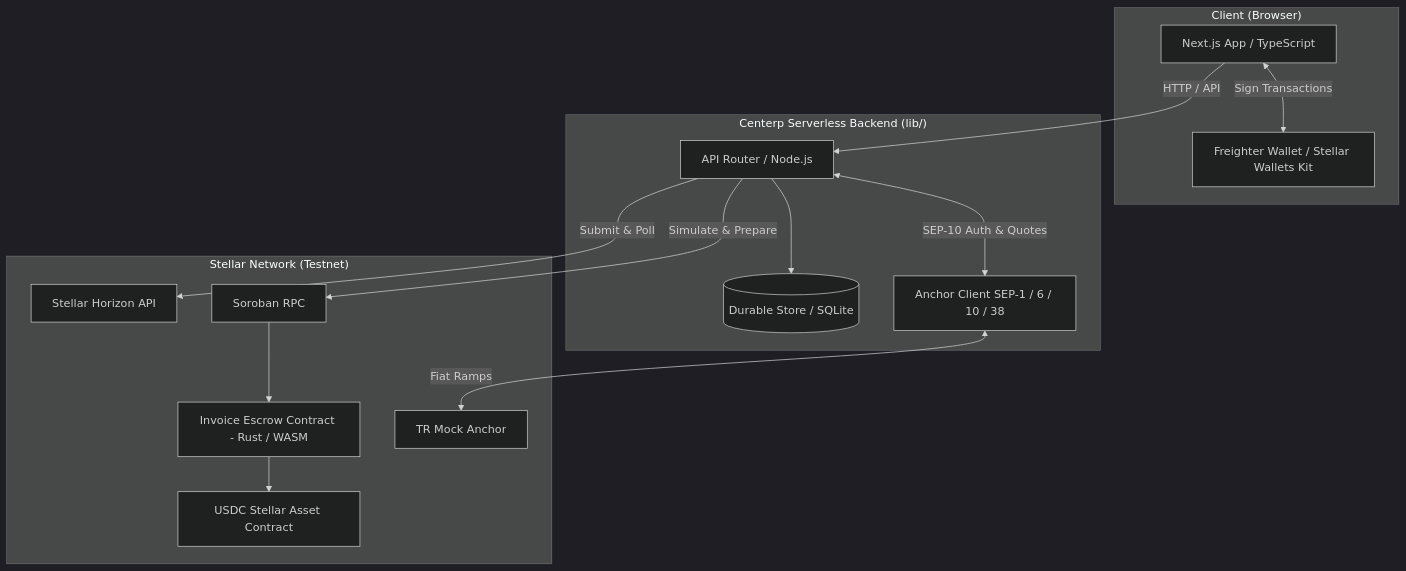
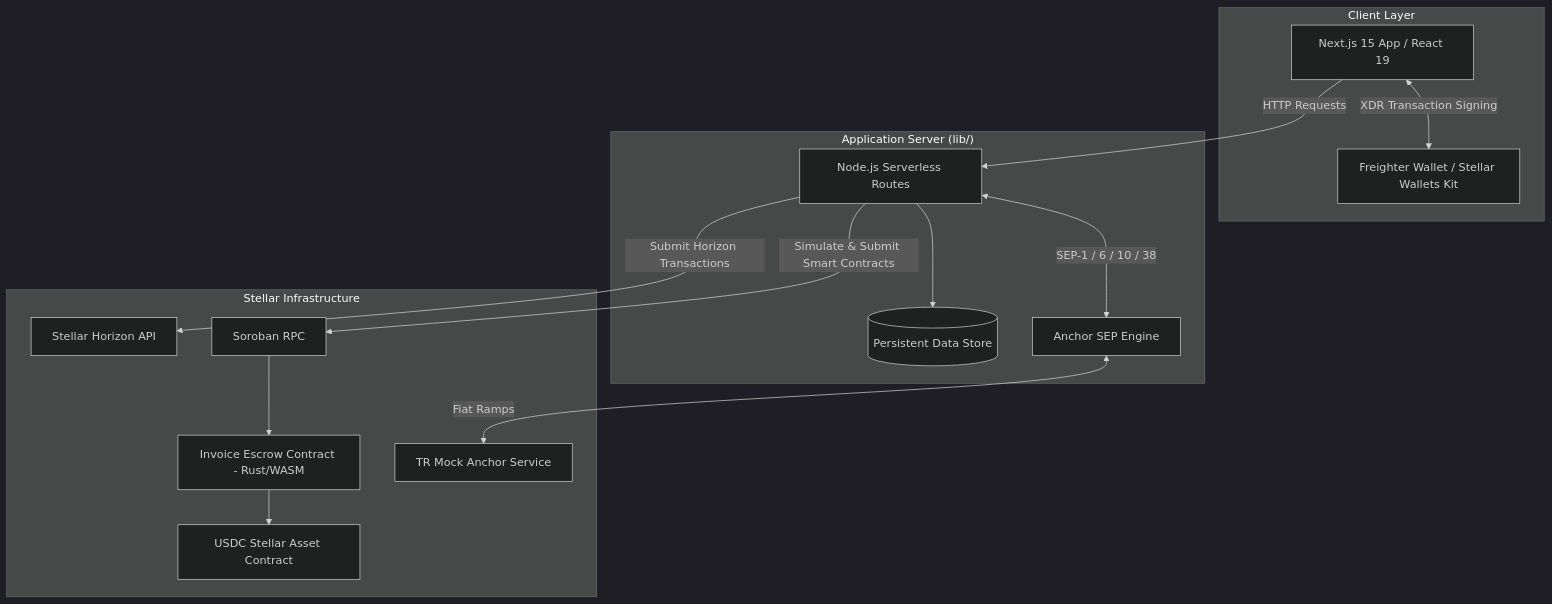
Before and after one commit to ugurrcoskun/Centerp: the second of 3 diagrams in README.md, drawn with Mermaid (dark theme). The commit also changed other lines of this file, not shown here.

````diff
--- a/README.md
+++ b/README.md
@@ -143,31 +99,31 @@
 ```mermaid
 flowchart TB
-    subgraph Client ["Client (Browser)"]
-        UI[Next.js App / TypeScript]
+    subgraph ClientLayer ["Client Layer"]
+        UI[Next.js 15 App / React 19]
         Freighter[Freighter Wallet / Stellar Wallets Kit]
     end
 
-    subgraph Backend ["Centerp Serverless Backend (lib/)"]
-        API[API Router / Node.js]
-        DB[(Durable Store / SQLite)]
-        SEP[Anchor Client SEP-1 / 6 / 10 / 38]
+    subgraph ServerLayer ["Application Server (lib/)"]
+        API[Node.js Serverless Routes]
+        DB[(Persistent Data Store)]
+        AnchorClient[Anchor SEP Engine]
     end
 
-    subgraph Stellar ["Stellar Network (Testnet)"]
-        H[Stellar Horizon API]
+    subgraph NetworkLayer ["Stellar Infrastructure"]
+        Horizon[Stellar Horizon API]
         RPC[Soroban RPC]
-        Contract[Invoice Escrow Contract - Rust / WASM]
+        Contract[Invoice Escrow Contract - Rust/WASM]
         SAC[USDC Stellar Asset Contract]
-        Anchor[TR Mock Anchor]
+        Anchor[TR Mock Anchor Service]
     end
 
-    UI <-->|Sign Transactions| Freighter
-    UI -->|HTTP / API| API
+    UI <-->|XDR Transaction Signing| Freighter
+    UI -->|HTTP Requests| API
     API --> DB
-    API <-->|SEP-10 Auth & Quotes| SEP
-    SEP <-->|Fiat Ramps| Anchor
-    API -->|Submit & Poll| H
-    API -->|Simulate & Prepare| RPC
+    API <-->|SEP-1 / 6 / 10 / 38| AnchorClient
+    AnchorClient <-->|Fiat Ramps| Anchor
+    API -->|Submit Horizon Transactions| Horizon
+    API -->|Simulate & Submit Smart Contracts| RPC
     RPC --> Contract
     Contract --> SAC
 ```
````
